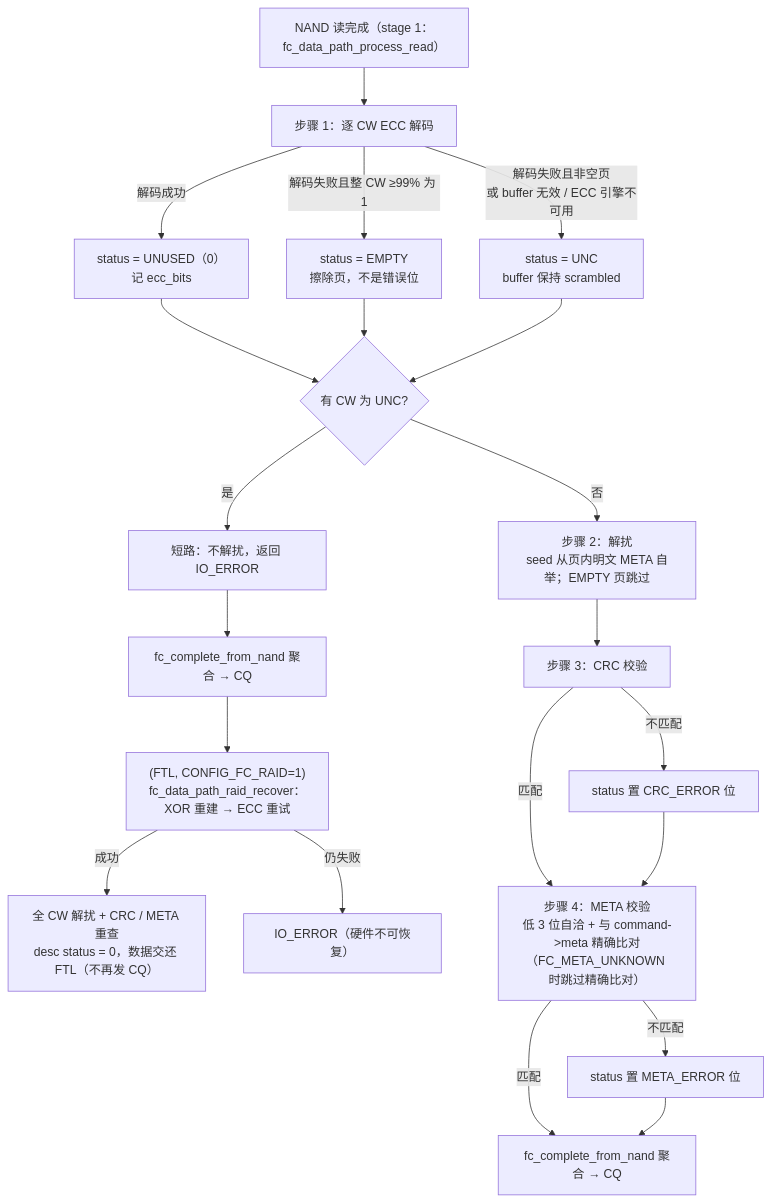
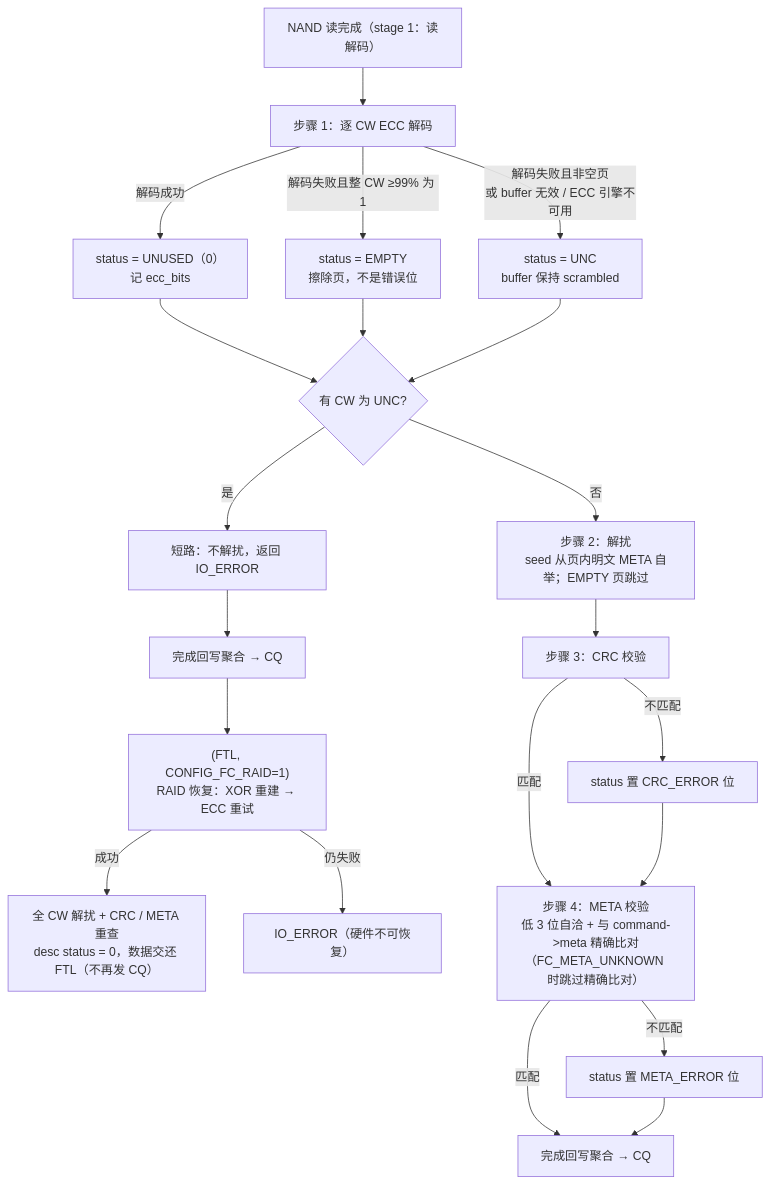
Before and after one commit to YzYMIAO/BASESSD: the seventh of 18 diagrams in docs/design/fc_nand_design.md, drawn with Mermaid. The commit also changed other lines of this file and 49 other files, not shown here.

````diff
--- a/docs/design/fc_nand_design.md
+++ b/docs/design/fc_nand_design.md
@@ -1026,23 +954,23 @@
 ```mermaid
 flowchart TB
-    RD["NAND 读完成（stage 1：fc_data_path_process_read）"] --> E1["步骤 1：逐 CW ECC 解码"]
+    RD["NAND 读完成（stage 1：读解码）"] --> E1["步骤 1：逐 CW ECC 解码"]
     E1 -- "解码成功" --> E2["status = UNUSED（0）<br/>记 ecc_bits"]
     E1 -- "解码失败且整 CW ≥99% 为 1" --> E3["status = EMPTY<br/>擦除页，不是错误位"]
     E1 -- "解码失败且非空页<br/>或 buffer 无效 / ECC 引擎不可用" --> E4["status = UNC<br/>buffer 保持 scrambled"]
     E2 --> ALL{"有 CW 为 UNC?"}
     E3 --> ALL
     E4 --> ALL
     ALL -- "是" --> UNC["短路：不解扰，返回 IO_ERROR"]
-    UNC --> CQ1["fc_complete_from_nand 聚合 → CQ"]
-    CQ1 --> RAID["(FTL, CONFIG_FC_RAID=1)<br/>fc_data_path_raid_recover：XOR 重建 → ECC 重试"]
+    UNC --> CQ1["完成回写聚合 → CQ"]
+    CQ1 --> RAID["(FTL, CONFIG_FC_RAID=1)<br/>RAID 恢复：XOR 重建 → ECC 重试"]
     RAID -- "成功" --> RES["全 CW 解扰 + CRC / META 重查<br/>desc status = 0，数据交还 FTL（不再发 CQ）"]
     RAID -- "仍失败" --> IOE["IO_ERROR（硬件不可恢复）"]
     ALL -- "否" --> S2["步骤 2：解扰<br/>seed 从页内明文 META 自举；EMPTY 页跳过"]
     S2 --> S3["步骤 3：CRC 校验"]
     S3 -- "不匹配" --> S3E["status 置 CRC_ERROR 位"]
     S3 -- "匹配" --> S4["步骤 4：META 校验<br/>低 3 位自洽 + 与 command->meta 精确比对<br/>（FC_META_UNKNOWN 时跳过精确比对）"]
     S3E --> S4
     S4 -- "不匹配" --> S4E["status 置 META_ERROR 位"]
-    S4 -- "匹配" --> AGG["fc_complete_from_nand 聚合 → CQ"]
+    S4 -- "匹配" --> AGG["完成回写聚合 → CQ"]
     S4E --> AGG
 ```
````
